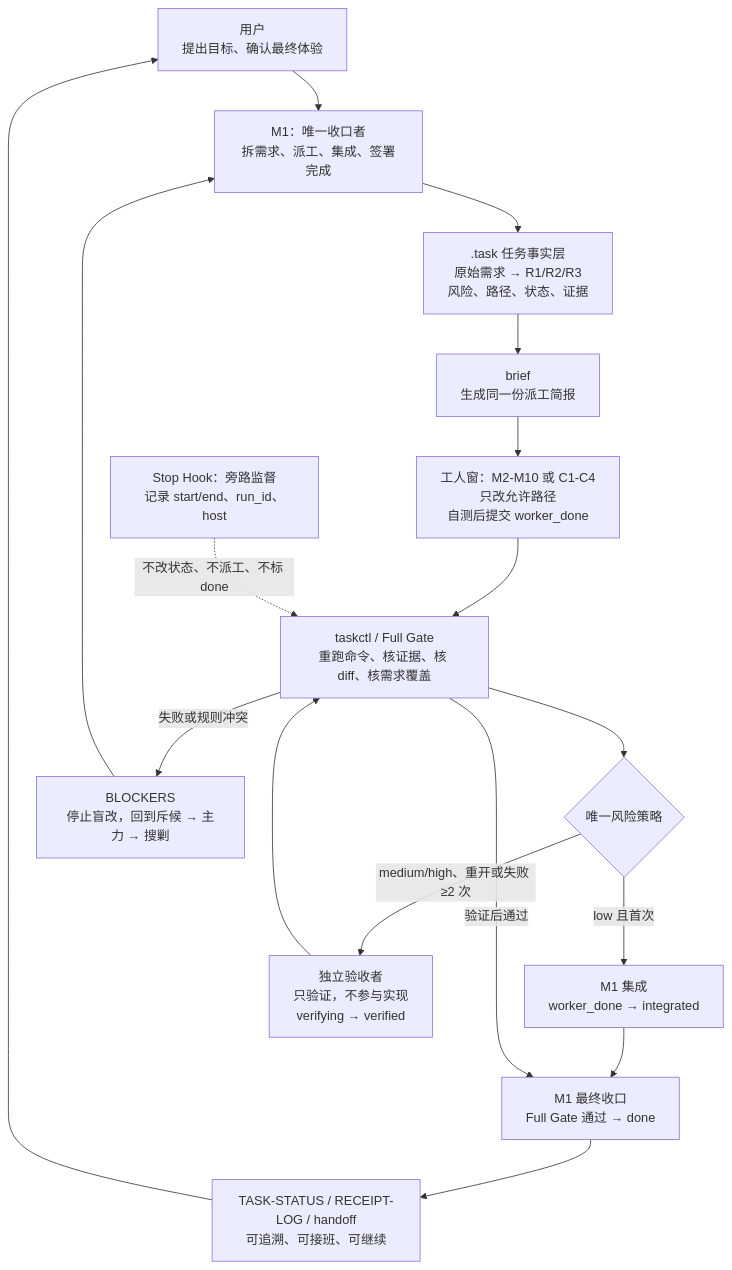
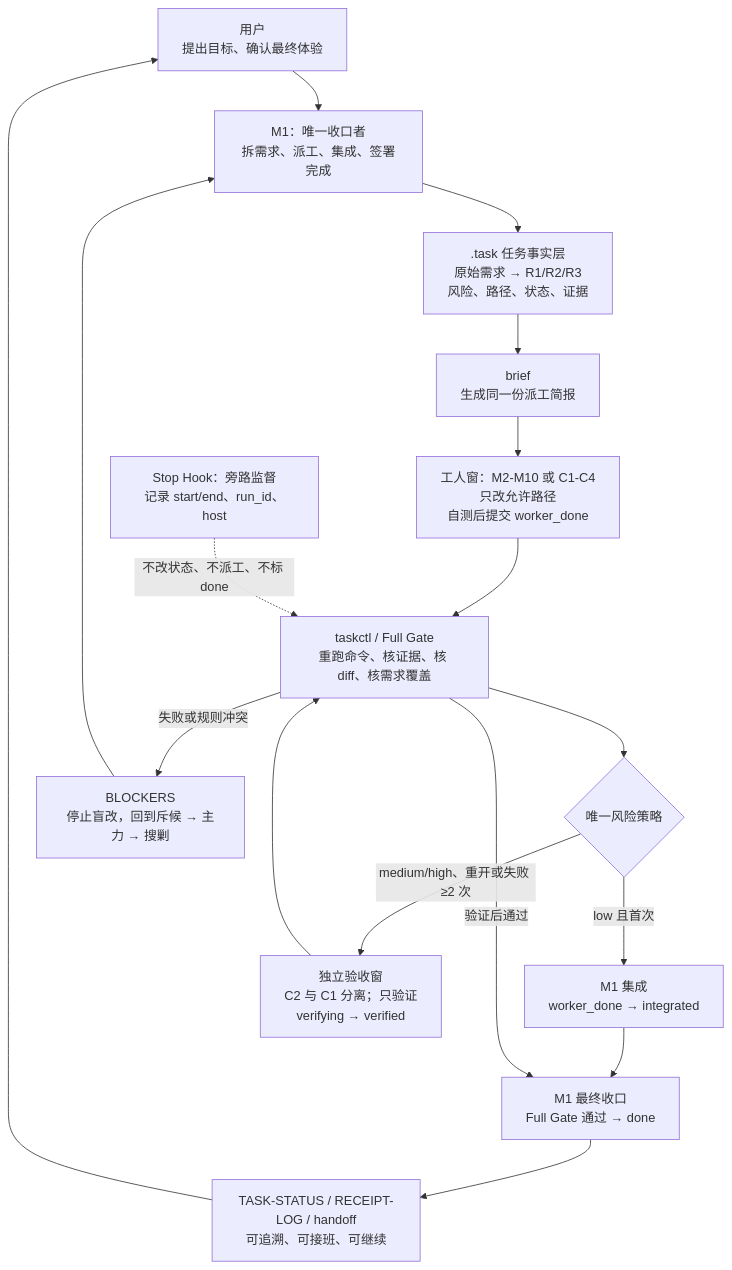
The diagram in README.md (tmddwyaaa-source/multi-window_M), drawn with Mermaid before and after one commit. The commit also changed other lines of this file and 12 other files, not shown here.

````diff
--- a/README.md
+++ b/README.md
@@ -49,24 +49,24 @@
 ```mermaid
 flowchart TD
     U["用户<br/>提出目标、确认最终体验"] --> M1["M1：唯一收口者<br/>拆需求、派工、集成、签署完成"]
 
     M1 --> T[".task 任务事实层<br/>原始需求 → R1/R2/R3<br/>风险、路径、状态、证据"]
     T --> B["brief<br/>生成同一份派工简报"]
 
     B --> W["工人窗：M2-M10 或 C1-C4<br/>只改允许路径<br/>自测后提交 worker_done"]
     W --> G["taskctl / Full Gate<br/>重跑命令、核证据、核 diff、核需求覆盖"]
 
     G --> R{"唯一风险策略"}
     R -->|"low 且首次"| I["M1 集成<br/>worker_done → integrated"]
-    R -->|"medium/high、重开或失败 ≥2 次"| V["独立验收者<br/>只验证，不参与实现<br/>verifying → verified"]
+    R -->|"medium/high、重开或失败 ≥2 次"| V["独立验收窗<br/>C2 与 C1 分离；只验证<br/>verifying → verified"]
     V --> G
     I --> D["M1 最终收口<br/>Full Gate 通过 → done"]
     G -->|"验证后通过"| D
 
     H["Stop Hook：旁路监督<br/>记录 start/end、run_id、host"] -. "不改状态、不派工、不标 done" .-> G
     D --> L["TASK-STATUS / RECEIPT-LOG / handoff<br/>可追溯、可接班、可继续"]
     L --> U
 
     G -->|"失败或规则冲突"| K["BLOCKERS<br/>停止盲改，回到斥候 → 主力 → 搜剿"]
     K --> M1
 ```
````
